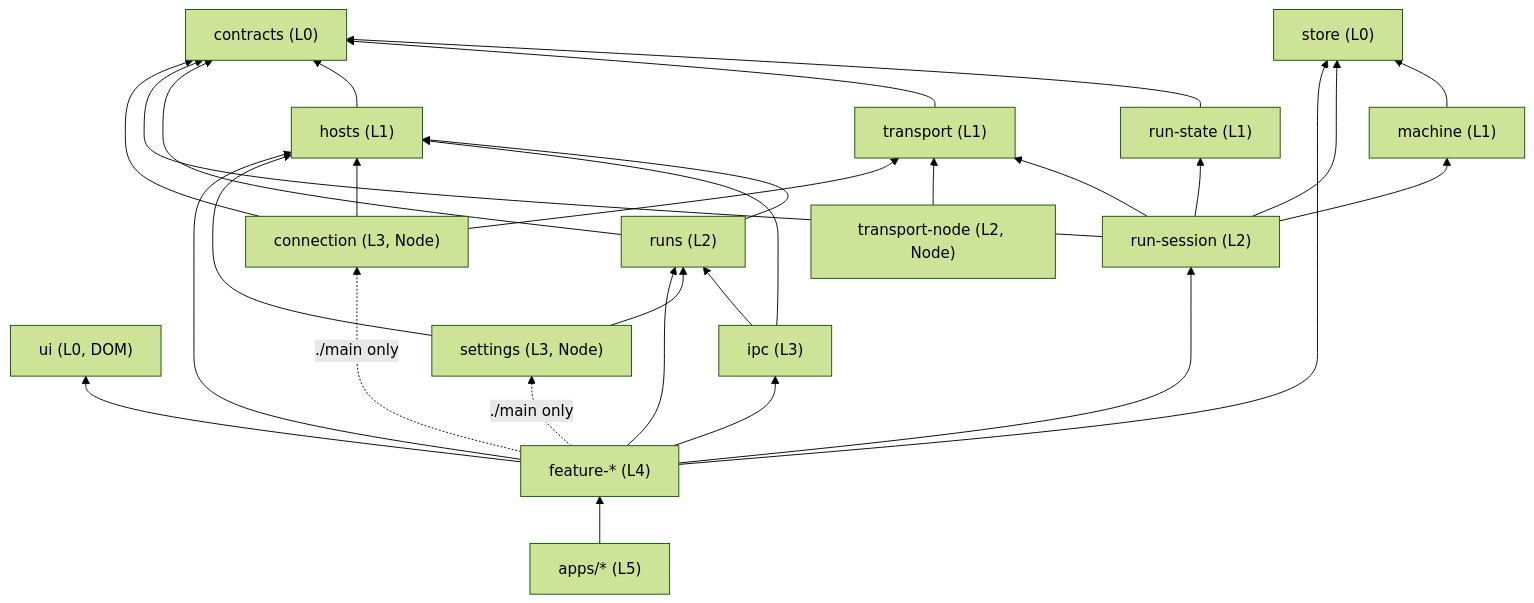
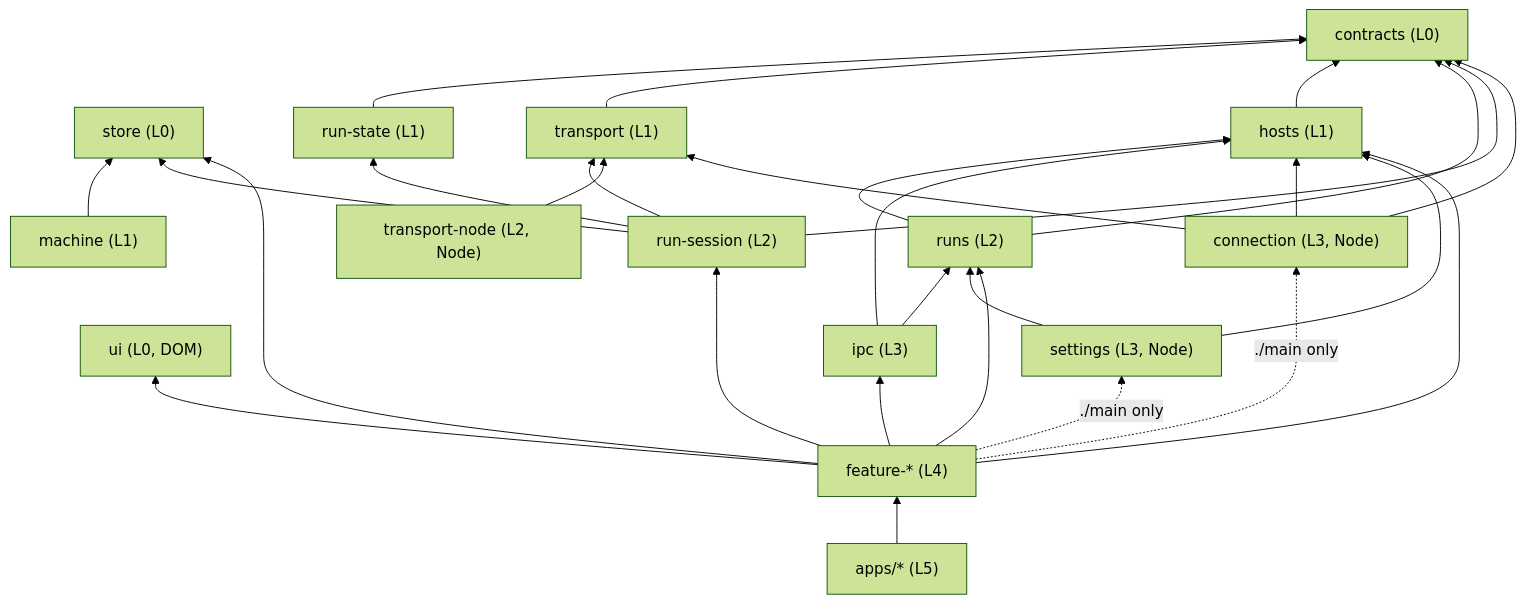
The diagram in docs/contributing/clients-architecture.md (uw-syfi/vibesys), drawn with Mermaid (forest theme) before and after one commit. The commit also changed other lines of this file and 7 other files, not shown here.

First line of the commit message:
refactor(clients): leave run-session's session lifecycle pending its migration

````diff
--- a/docs/contributing/clients-architecture.md
+++ b/docs/contributing/clients-architecture.md
@@ -69,19 +69,19 @@
 ```mermaid
 flowchart BT
   contracts["contracts (L0)"]
   ui["ui (L0, DOM)"]
   store["store (L0)"]
   run-state["run-state (L1)"] --> contracts
   transport["transport (L1)"] --> contracts
   hosts["hosts (L1)"] --> contracts
   runs["runs (L2)"] --> contracts & hosts
   machine["machine (L1)"] --> store
-  run-session["run-session (L2)"] --> contracts & run-state & transport & machine & store
+  run-session["run-session (L2)"] --> contracts & run-state & transport & store
   transport-node["transport-node (L2, Node)"] --> transport
   ipc["ipc (L3)"] --> hosts & runs
   connection["connection (L3, Node)"] --> contracts & transport & hosts
   settings["settings (L3, Node)"] --> hosts & runs
   features["feature-* (L4)"] --> run-session & runs & hosts & ipc & ui & store
   features -. "./main only" .-> connection & settings
   apps["apps/* (L5)"] --> features
 ```
````
